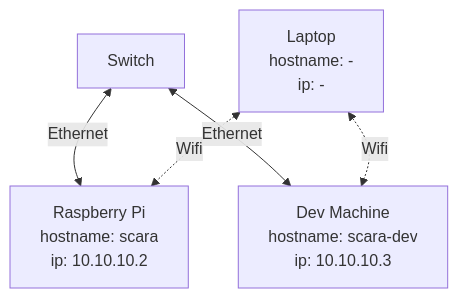
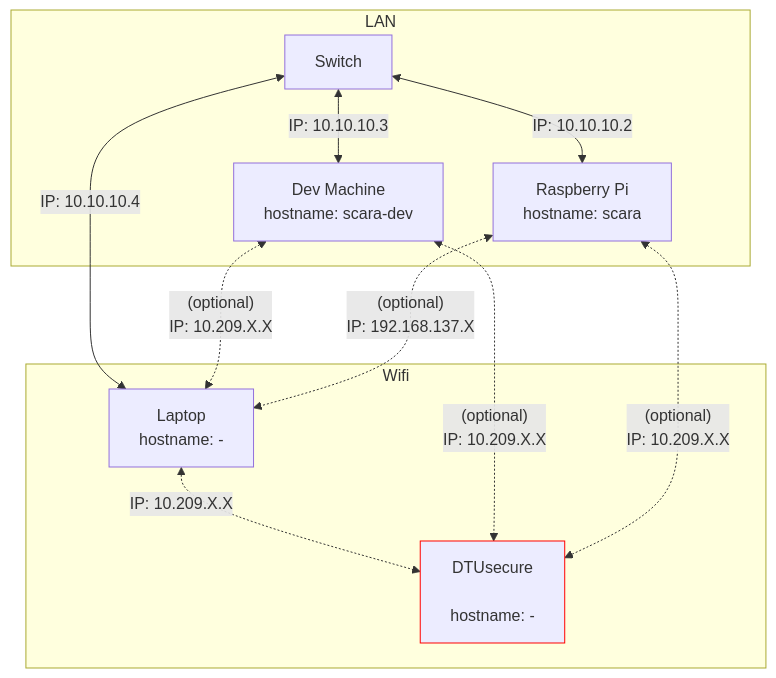
Before and after one commit to DALSA-Lab/DTU-Scara-Robot: the diagram in Raspberry/README.md, drawn with Mermaid. The commit also changed other lines of this file and 2 other files, not shown here.

Commit message:
wip: Wifi connection scripts todo: continue readme

````diff
--- a/Raspberry/README.md
+++ b/Raspberry/README.md
@@ -60,17 +60,41 @@
 ```mermaid
 graph TD;
+subgraph Wifi["Wifi"];
 
-    Switch<--Ethernet-->robot["Raspberry Pi 
-    hostname: scara"
-    ip: 10.10.10.2];
+laptop["Laptop
+hostname: -"]
 
-    Switch<--Ethernet-->dev["Dev Machine
-    hostname: scara-dev"
-    ip: 10.10.10.3];
+DTUsecure["DTUsecure
 
-    laptop["Laptop
-    hostname: -"
-    ip: -]<-.Wifi.->robot;
+hostname: -"]:::wifi
 
-    laptop<-.Wifi.->dev
+laptop<-."IP: 10.209.X.X".->DTUsecure
+
+end
+subgraph LAN["LAN"];
+
+robot["Raspberry Pi 
+hostname: scara"];
+
+dev["Dev Machine
+hostname: scara-dev"];
+
+Switch<--IP: 10.10.10.3-->dev
+Switch<--IP: 10.10.10.2-->robot
+
+end
+
+Switch<--IP: 10.10.10.4-->laptop
+dev<-."(optional)
+IP: 10.209.X.X".->DTUsecure
+robot<-."(optional)
+IP: 10.209.X.X".->DTUsecure
+dev<-."(optional)
+IP: 10.209.X.X".->laptop
+robot<-."(optional)
+IP: 192.168.137.X".->laptop
+
+classDef wifi stroke:#f00
+classDef bar stroke:#0f0
+classDef foobar stroke:#00f
 ```
````
